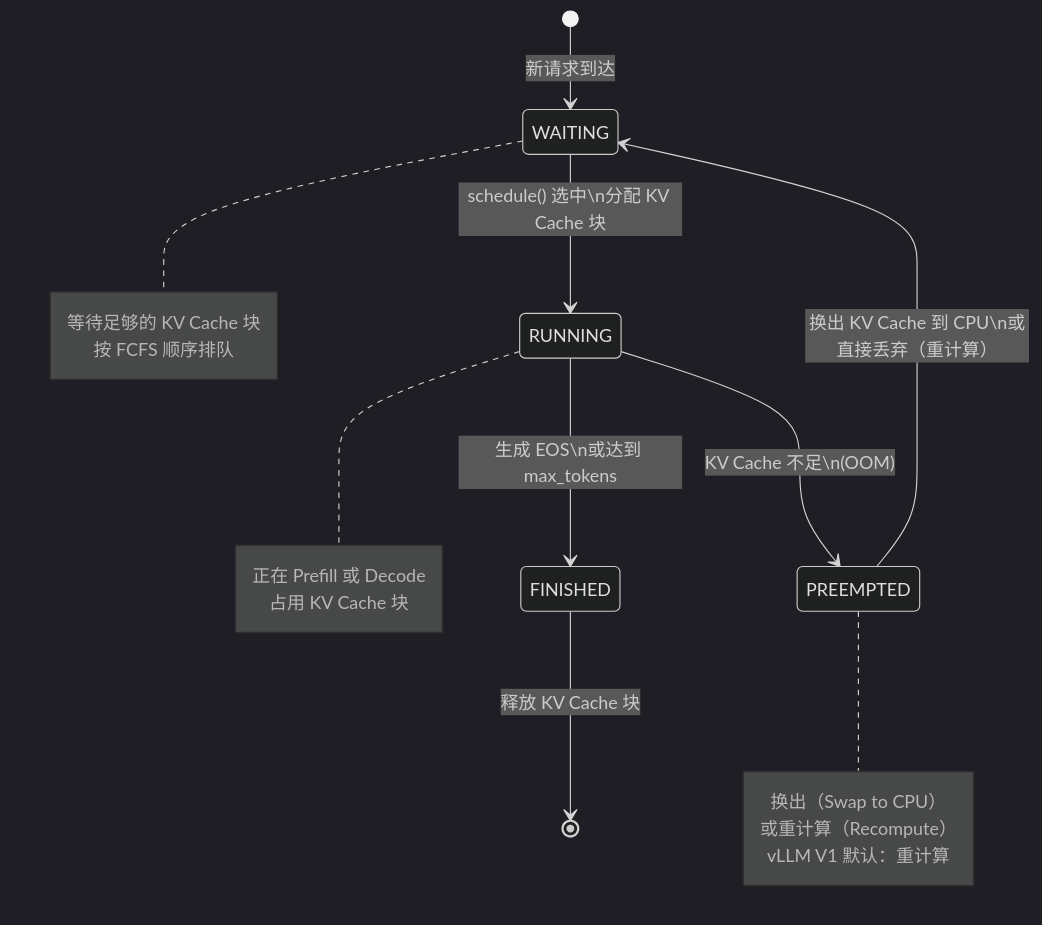
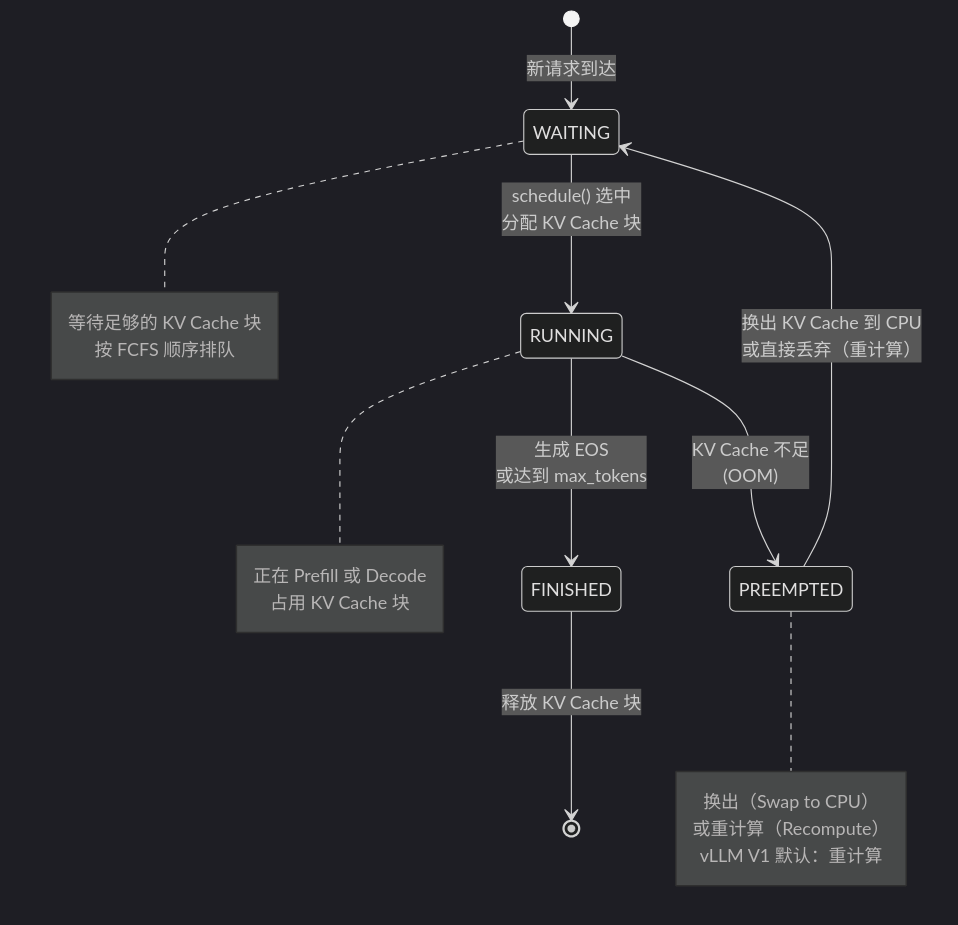
One commit to HeduAiDev/vllm-from-scratch changed the seventh of 8 diagrams in BLOG_PART2_V2.md. Above: the diagram before and after it, drawn with Mermaid (dark theme). The commit also changed other lines of this file and 2 other files, not shown here.

Commit message:
Fix Mermaid node labels: replace \n with <br/> for line breaks

````diff
--- a/BLOG_PART2_V2.md
+++ b/BLOG_PART2_V2.md
@@ -1245,30 +1245,30 @@
 ```mermaid
 stateDiagram-v2
     [*] --> WAITING : 新请求到达
 
-    WAITING --> RUNNING : schedule() 选中\n分配 KV Cache 块
+    WAITING --> RUNNING : schedule() 选中<br/>分配 KV Cache 块
 
-    RUNNING --> FINISHED : 生成 EOS\n或达到 max_tokens
+    RUNNING --> FINISHED : 生成 EOS<br/>或达到 max_tokens
 
-    RUNNING --> PREEMPTED : KV Cache 不足\n(OOM)
+    RUNNING --> PREEMPTED : KV Cache 不足<br/>(OOM)
 
-    PREEMPTED --> WAITING : 换出 KV Cache 到 CPU\n或直接丢弃（重计算）
+    PREEMPTED --> WAITING : 换出 KV Cache 到 CPU<br/>或直接丢弃（重计算）
 
     FINISHED --> [*] : 释放 KV Cache 块
 
     note right of WAITING
         等待足够的 KV Cache 块
         按 FCFS 顺序排队
     end note
 
     note right of RUNNING
         正在 Prefill 或 Decode
         占用 KV Cache 块
     end note
 
     note right of PREEMPTED
         换出（Swap to CPU）
         或重计算（Recompute）
         vLLM V1 默认：重计算
     end note
 ```
````
